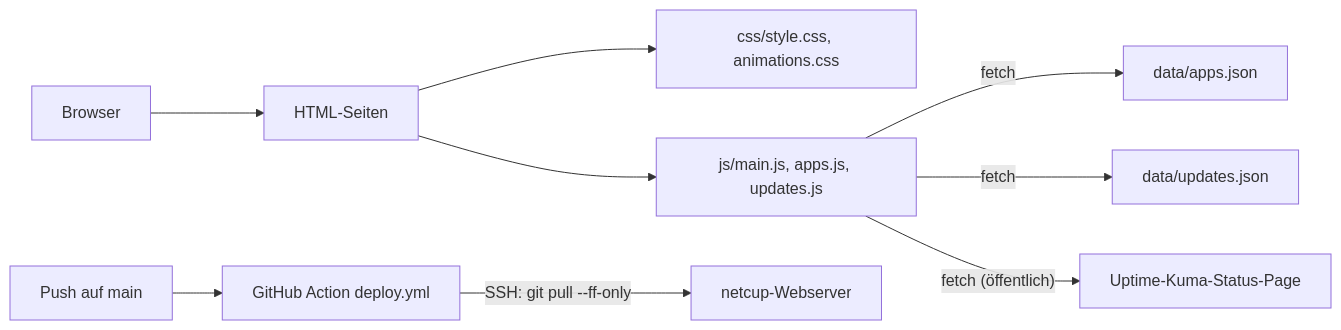
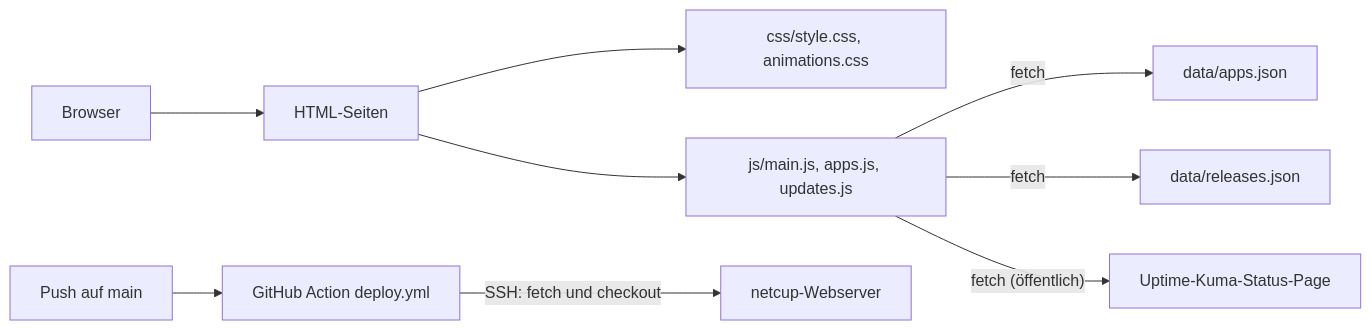
The diagram in EDV-Kretzer/index.md (pkr-lab/pkr-lab-docs), drawn with Mermaid before and after one commit. The commit also changed other lines of this file and 2 other files, not shown here.

Commit message:
docs(EDV-Kretzer): Release-Verlauf aus capulus-core beschrieben

````diff
--- a/EDV-Kretzer/index.md
+++ b/EDV-Kretzer/index.md
@@ -25,11 +25,11 @@
 ```mermaid
 flowchart LR
   browser["Browser"] --> html["HTML-Seiten"]
   html --> css["css/style.css, animations.css"]
   html --> js["js/main.js, apps.js, updates.js"]
   js -->|"fetch"| apps["data/apps.json"]
-  js -->|"fetch"| upd["data/updates.json"]
+  js -->|"fetch"| upd["data/releases.json"]
   js -->|"fetch (öffentlich)"| kuma["Uptime-Kuma-Status-Page"]
   push["Push auf main"] --> gha["GitHub Action deploy.yml"]
-  gha -->|"SSH: git pull --ff-only"| netcup["netcup-Webserver"]
+  gha -->|"SSH: fetch und checkout"| netcup["netcup-Webserver"]
 ```
````
